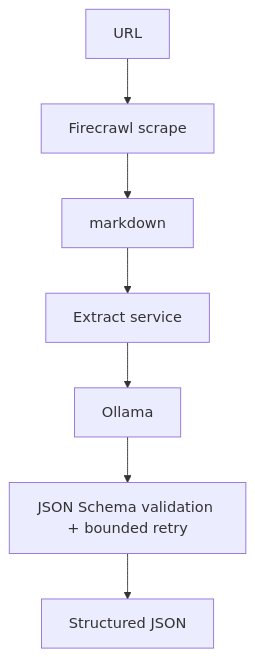
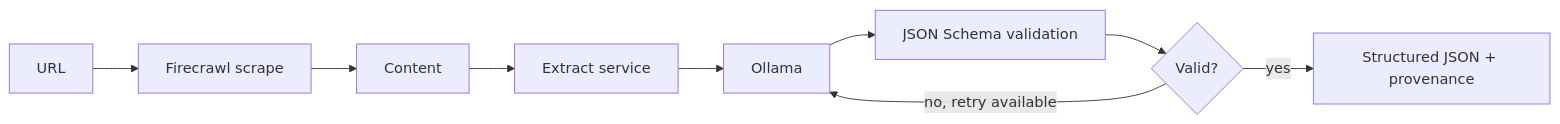
One commit to drintoul/web-research changed the second of 3 diagrams in README.md. Above: the diagram before and after it, drawn with Mermaid. The commit also changed other lines of this file, not shown here.

First line of the commit message:
Restructure README with improved organization, expanded documentation, and Markdown formatting

````diff
--- a/README.md
+++ b/README.md
@@ -383,9 +626,11 @@
-```mermaid
-flowchart TD
+``` mermaid
+flowchart LR
     A[URL] --> B[Firecrawl scrape]
-    B --> C[markdown]
+    B --> C[Content]
     C --> D[Extract service]
     D --> E[Ollama]
-    E --> F[JSON Schema validation + bounded retry]
-    F --> G[Structured JSON]
+    E --> F[JSON Schema validation]
+    F --> G{Valid?}
+    G -->|yes| H[Structured JSON + provenance]
+    G -->|no, retry available| E
 ```
````
